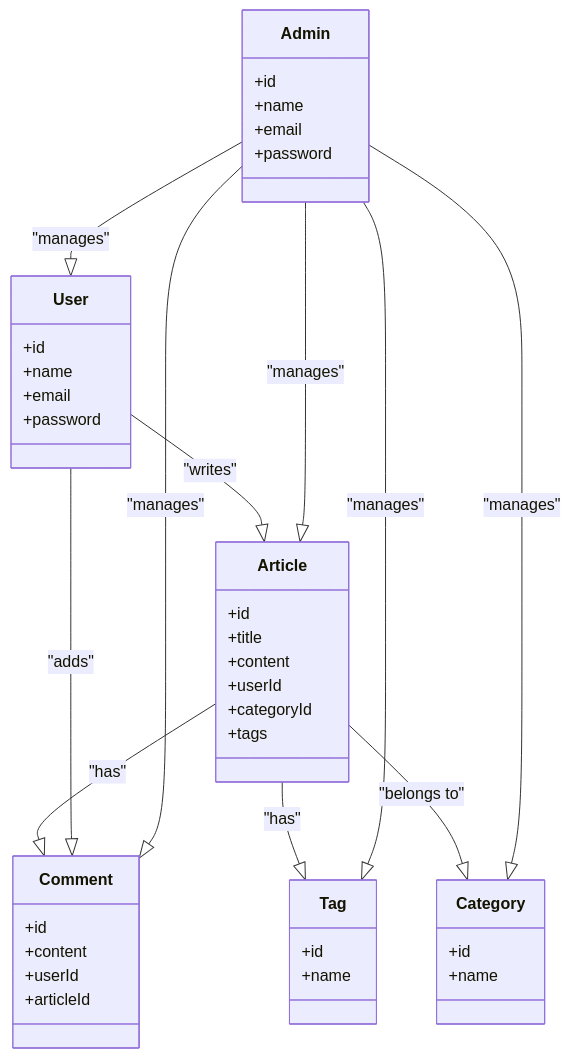
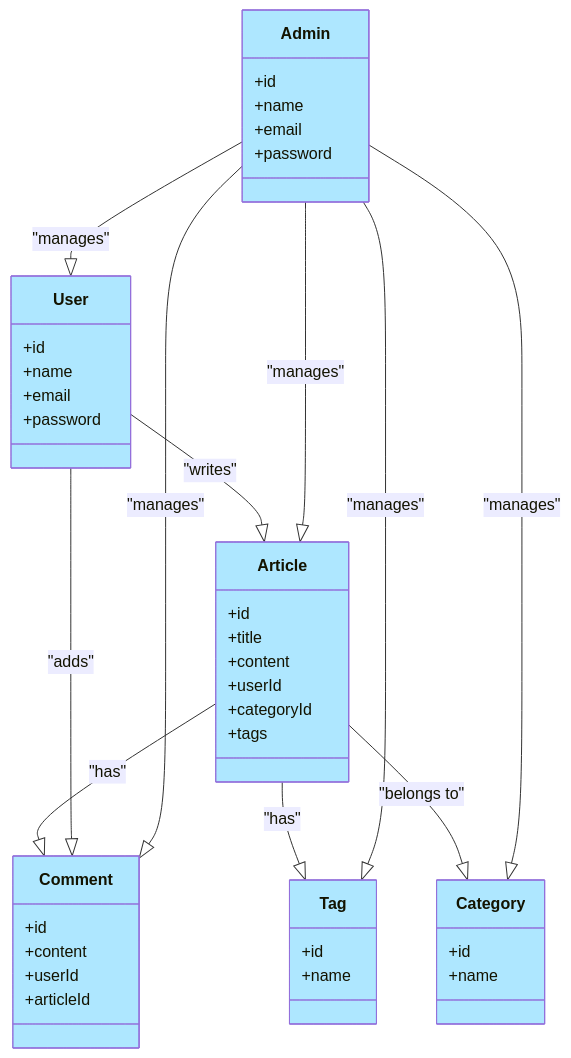
One commit to dinadehbi/Fille-Rouge-Soli-LMS changed the diagram in Branch-Thechnique/Conception-generique(Blog).mmd. Above: the diagram before and after it, drawn with Mermaid. The commit also changed 3 other files, not shown here.

```diff
--- a/Branch-Thechnique/Conception-generique(Blog).mmd
+++ b/Branch-Thechnique/Conception-generique(Blog).mmd
@@ -1,52 +1,60 @@
 classDiagram
     class User {
         +id
         +name
         +email
         +password
     }
 
     class Article {
         +id
         +title
         +content
         +userId
         +categoryId
         +tags
     }
 
     class Comment {
         +id
         +content
         +userId
         +articleId
     }
 
     class Tag {
         +id
         +name
     }
 
     class Category {
         +id
         +name
     }
 
     class Admin {
         +id
         +name
         +email
         +password
     }
 
     %% Relations
     User --|> Article : "writes"
     Article --|> Comment : "has"
     User --|> Comment : "adds"
     Article --|> Tag : "has"
     Article --|> Category : "belongs to"
     Admin --|> Article : "manages"
     Admin --|> Tag : "manages"
     Admin --|> Category : "manages"
     Admin --|> Comment : "manages"
     Admin --|> User : "manages"
+
+    %% Styling classes to be light blue (AEE7FF)
+    style User fill:#AEE7FF
+    style Article fill:#AEE7FF
+    style Comment fill:#AEE7FF
+    style Tag fill:#AEE7FF
+    style Category fill:#AEE7FF
+    style Admin fill:#AEE7FF
```
